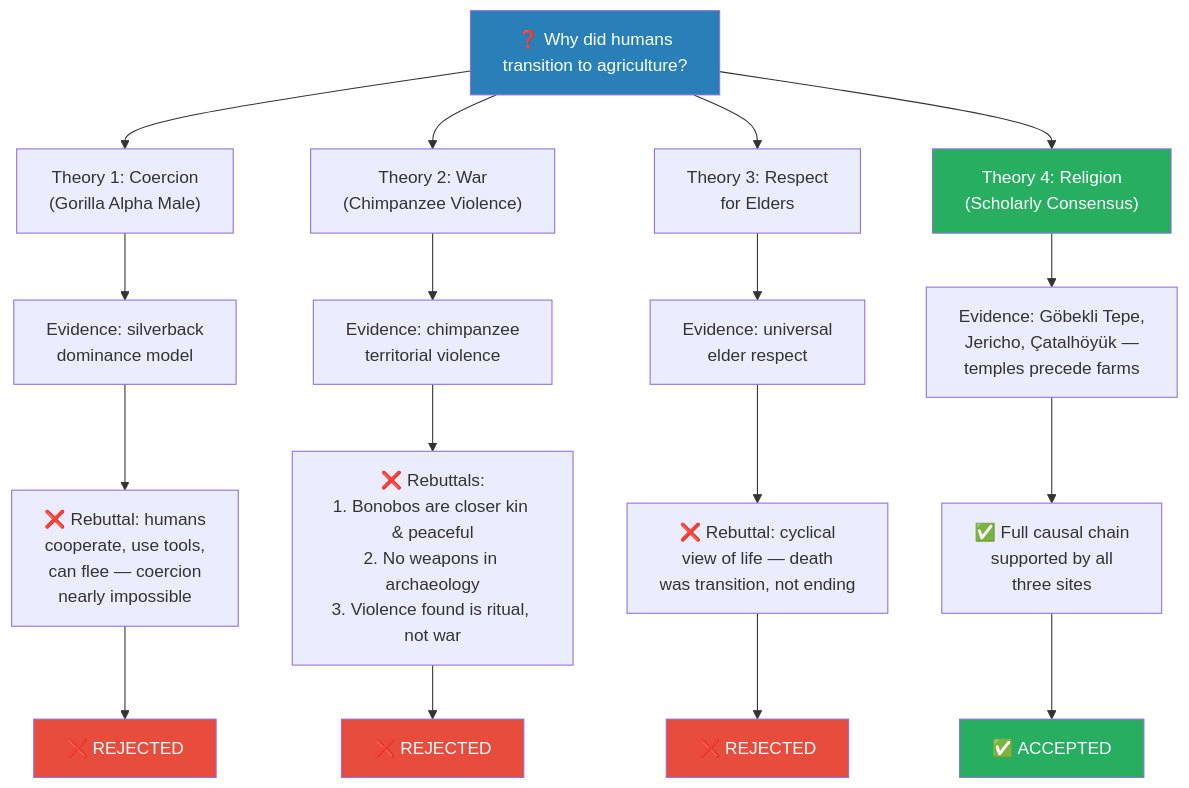
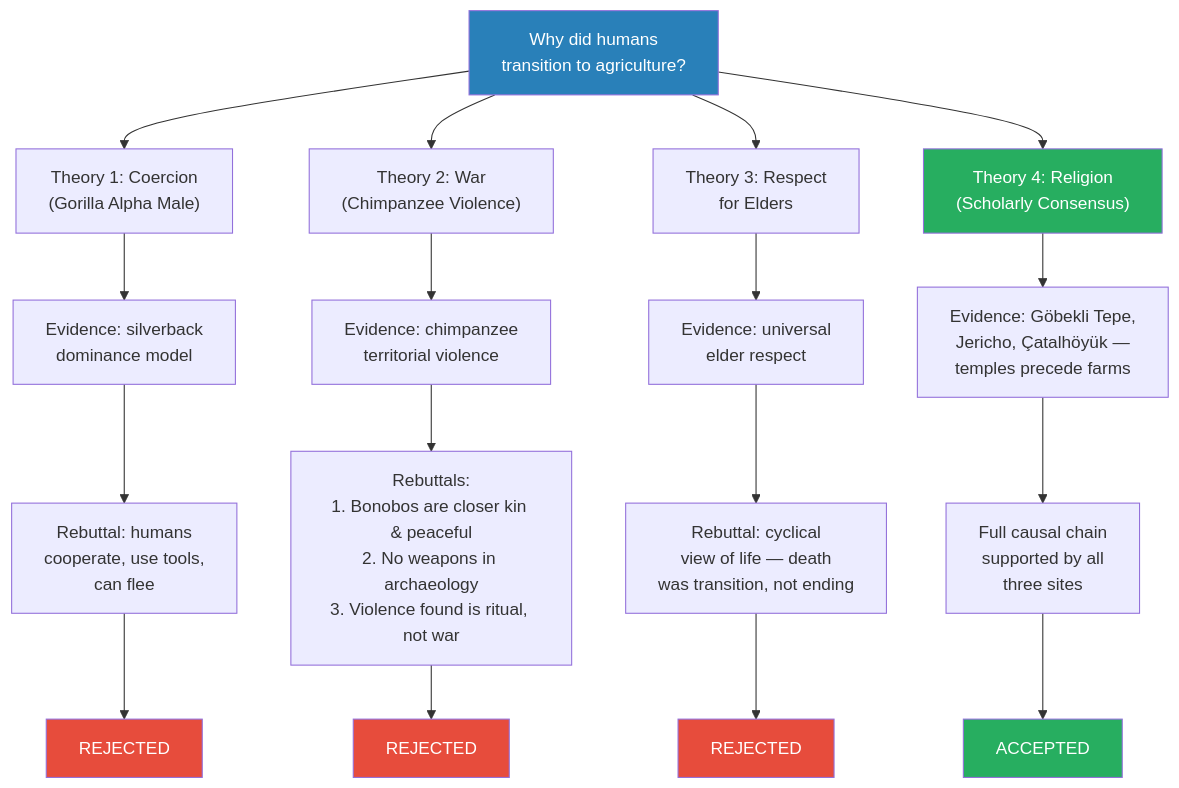
Before and after one commit to alius33/reader: the third of 7 diagrams in summaries/Lectures/Civilization/01 - Explaining Humanity's Transition to Agriculture.md, drawn with Mermaid. The commit also changed other lines of this file and 78 other files, not shown here.

````diff
--- a/summaries/Lectures/Civilization/01 - Explaining Humanity's Transition to Agriculture.md
+++ b/summaries/Lectures/Civilization/01 - Explaining Humanity's Transition to Agriculture.md
@@ -399,26 +171,26 @@
 ```mermaid
 flowchart TD
-    Q["❓ Why did humans<br/>transition to agriculture?"]
+    Q["Why did humans<br/>transition to agriculture?"]
     Q --> T1["Theory 1: Coercion<br/>(Gorilla Alpha Male)"]
     Q --> T2["Theory 2: War<br/>(Chimpanzee Violence)"]
     Q --> T3["Theory 3: Respect<br/>for Elders"]
     Q --> T4["Theory 4: Religion<br/>(Scholarly Consensus)"]
     T1 --> E1["Evidence: silverback<br/>dominance model"]
-    E1 --> R1["❌ Rebuttal: humans<br/>cooperate, use tools,<br/>can flee — coercion<br/>nearly impossible"]
-    R1 --> V1["❌ REJECTED"]
+    E1 --> R1["Rebuttal: humans<br/>cooperate, use tools,<br/>can flee"]
+    R1 --> V1["REJECTED"]
     T2 --> E2["Evidence: chimpanzee<br/>territorial violence"]
-    E2 --> R2["❌ Rebuttals:<br/>1. Bonobos are closer kin & peaceful<br/>2. No weapons in archaeology<br/>3. Violence found is ritual, not war"]
-    R2 --> V2["❌ REJECTED"]
+    E2 --> R2["Rebuttals:<br/>1. Bonobos are closer kin & peaceful<br/>2. No weapons in archaeology<br/>3. Violence found is ritual, not war"]
+    R2 --> V2["REJECTED"]
     T3 --> E3["Evidence: universal<br/>elder respect"]
-    E3 --> R3["❌ Rebuttal: cyclical<br/>view of life — death<br/>was transition, not ending"]
-    R3 --> V3["❌ REJECTED"]
+    E3 --> R3["Rebuttal: cyclical<br/>view of life — death<br/>was transition, not ending"]
+    R3 --> V3["REJECTED"]
     T4 --> E4["Evidence: Göbekli Tepe,<br/>Jericho, Çatalhöyük —<br/>temples precede farms"]
-    E4 --> R4["✅ Full causal chain<br/>supported by all<br/>three sites"]
-    R4 --> V4["✅ ACCEPTED"]
+    E4 --> R4["Full causal chain<br/>supported by all<br/>three sites"]
+    R4 --> V4["ACCEPTED"]
     style V1 fill:#e74c3c,color:#fff
     style V2 fill:#e74c3c,color:#fff
     style V3 fill:#e74c3c,color:#fff
     style V4 fill:#27ae60,color:#fff
     style Q fill:#2980b9,color:#fff
     style T4 fill:#27ae60,color:#fff
 ```
````
